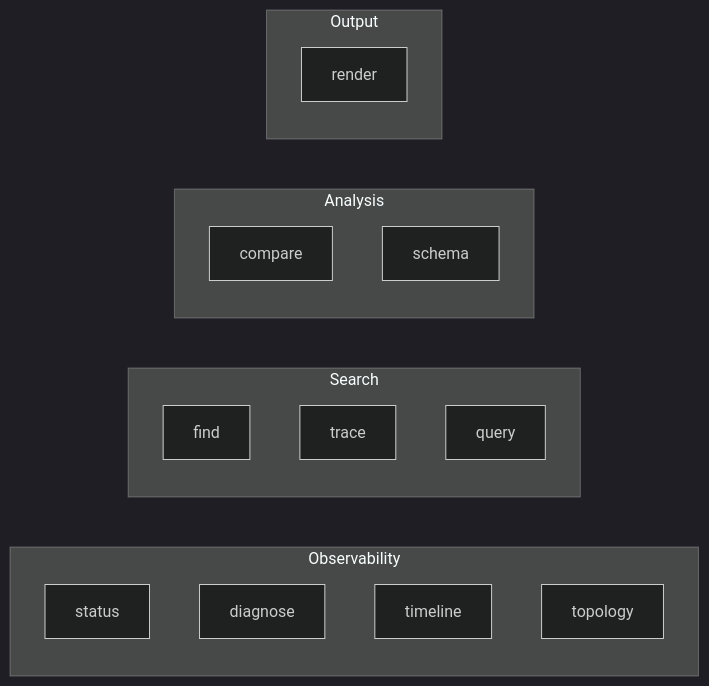
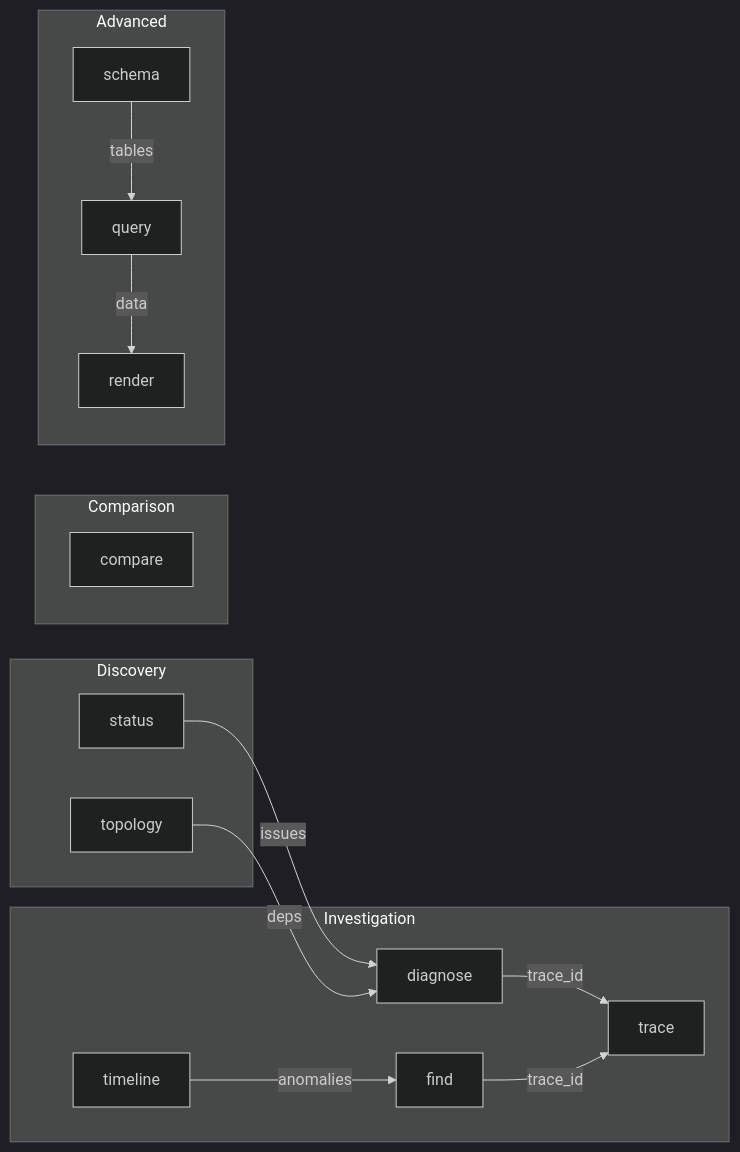
Before and after one commit to labstack/fanout: the sixth of 10 diagrams in ARCHITECTURE.md, drawn with Mermaid (dark theme). The commit also changed other lines of this file, not shown here.

First line of the commit message:
Update architecture docs with complete diagrams

````diff
--- a/ARCHITECTURE.md
+++ b/ARCHITECTURE.md
@@ -109,24 +326,32 @@
 ```mermaid
 graph LR
-    subgraph Observability
+    subgraph Discovery
         ST[status]
-        DG[diagnose]
-        TL[timeline]
         TP[topology]
     end
 
-    subgraph Search
+    subgraph Investigation
+        DG[diagnose]
         FD[find]
         TR[trace]
-        QR[query]
+        TL[timeline]
     end
 
-    subgraph Analysis
+    subgraph Comparison
         CM[compare]
-        SC[schema]
     end
 
-    subgraph Output
+    subgraph Advanced
+        QR[query]
+        SC[schema]
         RD[render]
     end
+
+    ST --> |"issues"| DG
+    TP --> |"deps"| DG
+    DG --> |"trace_id"| TR
+    FD --> |"trace_id"| TR
+    TL --> |"anomalies"| FD
+    SC --> |"tables"| QR
+    QR --> |"data"| RD
 ```
````
